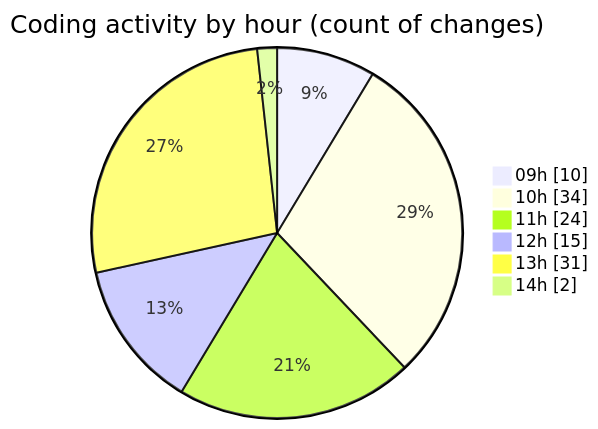
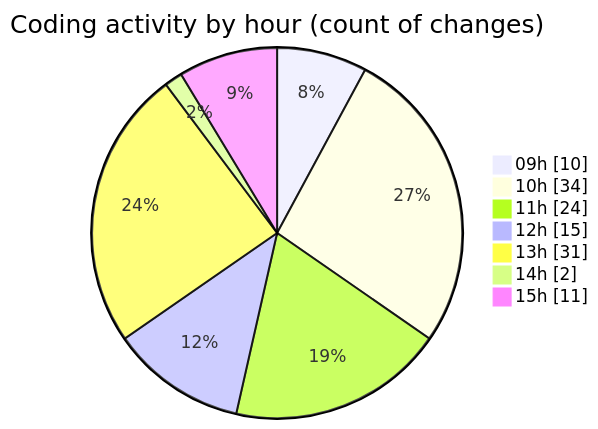
Before and after one commit to momahboobian/code-tracking: the second of 2 diagrams in 2025-09-02/cda/README.md, drawn with Mermaid. The commit also changed other lines of this file and 1 other file, not shown here.

````diff
--- a/2025-09-02/cda/README.md
+++ b/2025-09-02/cda/README.md
@@ -38,10 +38,11 @@
 ```mermaid
 pie showData
 title Coding activity by hour (count of changes)
 "09h" : 10
 "10h" : 34
 "11h" : 24
 "12h" : 15
 "13h" : 31
 "14h" : 2
+"15h" : 11
 ```
````
